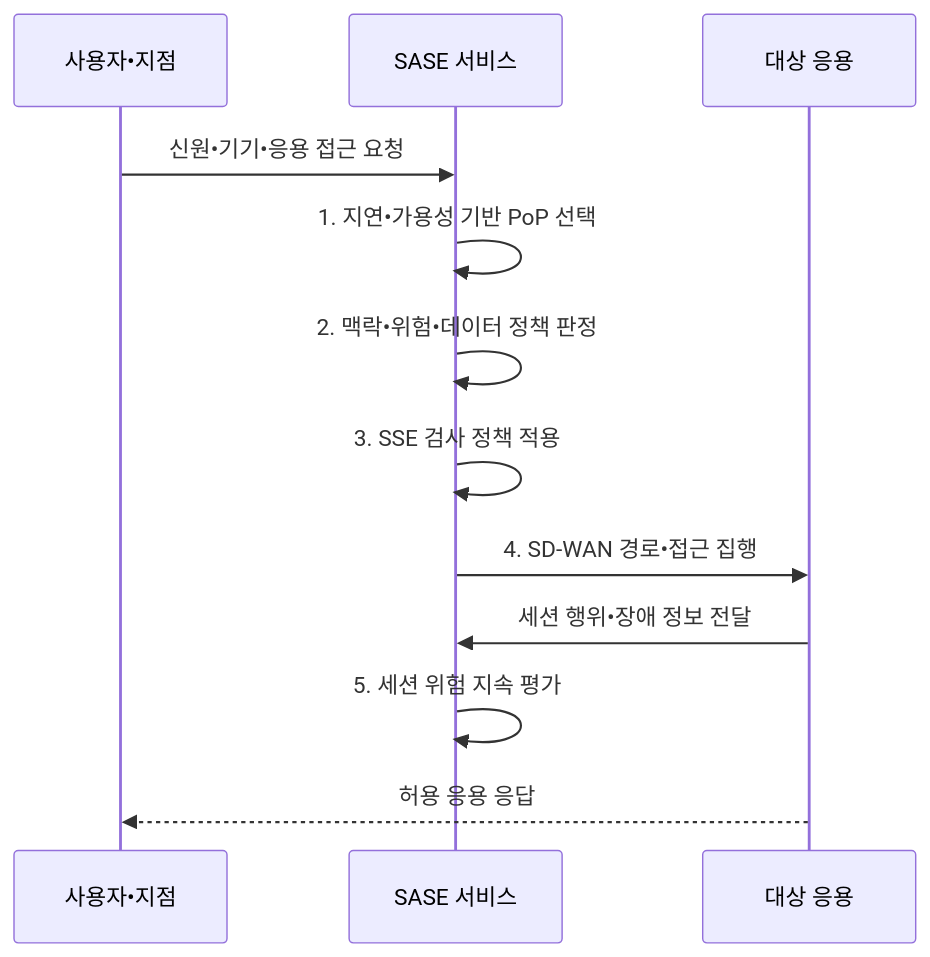
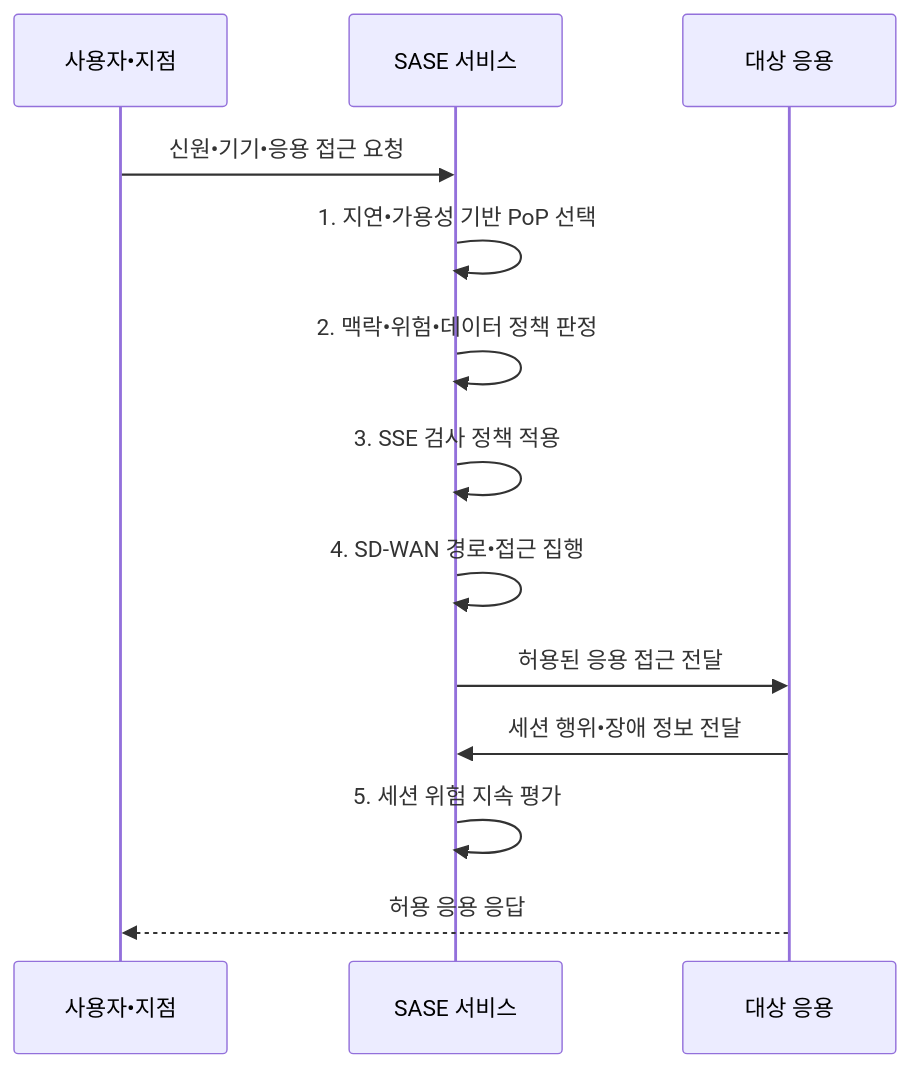
Before and after one commit to agnusdei1207/knowledge-base: the second of 2 diagrams in src/content/docs/notes/05-security/141_sase_architecture.md, drawn with Mermaid. The commit also changed other lines of this file and 6 other files, not shown here.

````diff
--- a/src/content/docs/notes/05-security/141_sase_architecture.md
+++ b/src/content/docs/notes/05-security/141_sase_architecture.md
@@ -103,14 +103,15 @@
 ```mermaid
 sequenceDiagram
   participant U as 사용자•지점
   participant S as SASE 서비스
   participant A as 대상 응용
   U->>S: 신원•기기•응용 접근 요청
   S->>S: 1. 지연•가용성 기반 PoP 선택
   S->>S: 2. 맥락•위험•데이터 정책 판정
   S->>S: 3. SSE 검사 정책 적용
-  S->>A: 4. SD-WAN 경로•접근 집행
+  S->>S: 4. SD-WAN 경로•접근 집행
+  S->>A: 허용된 응용 접근 전달
   A->>S: 세션 행위•장애 정보 전달
   S->>S: 5. 세션 위험 지속 평가
   A-->>U: 허용 응용 응답
 ```
````
